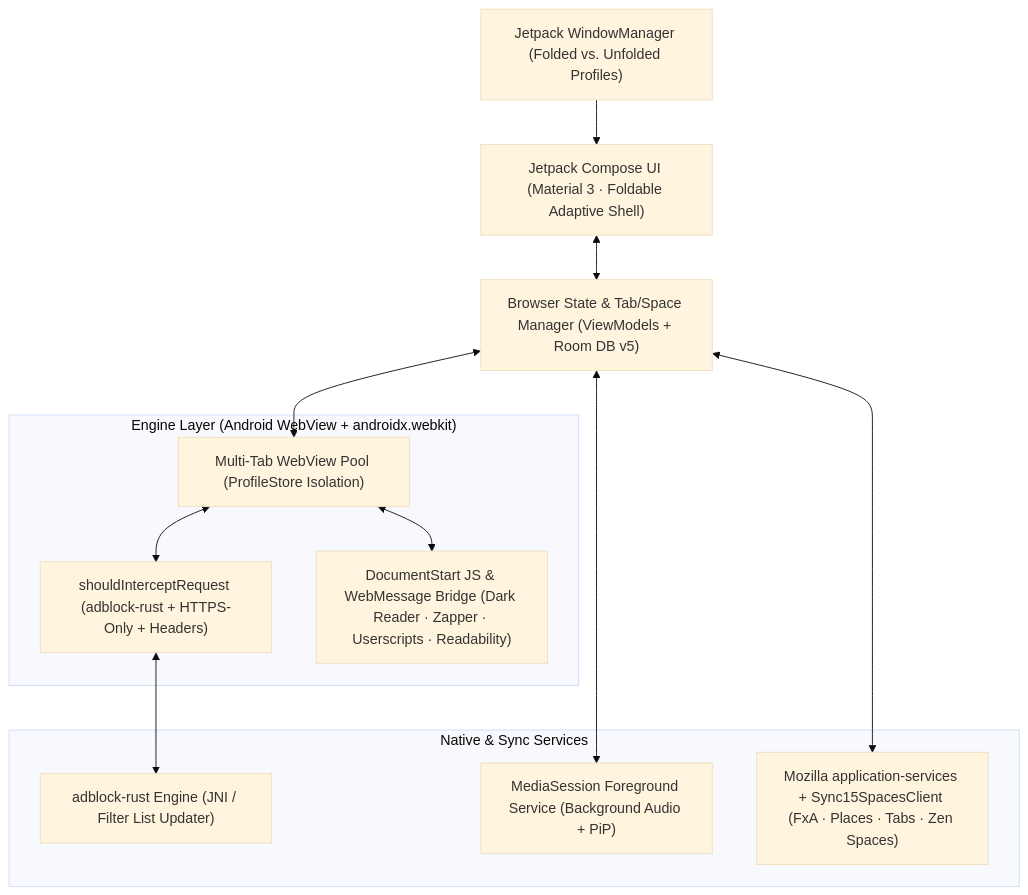
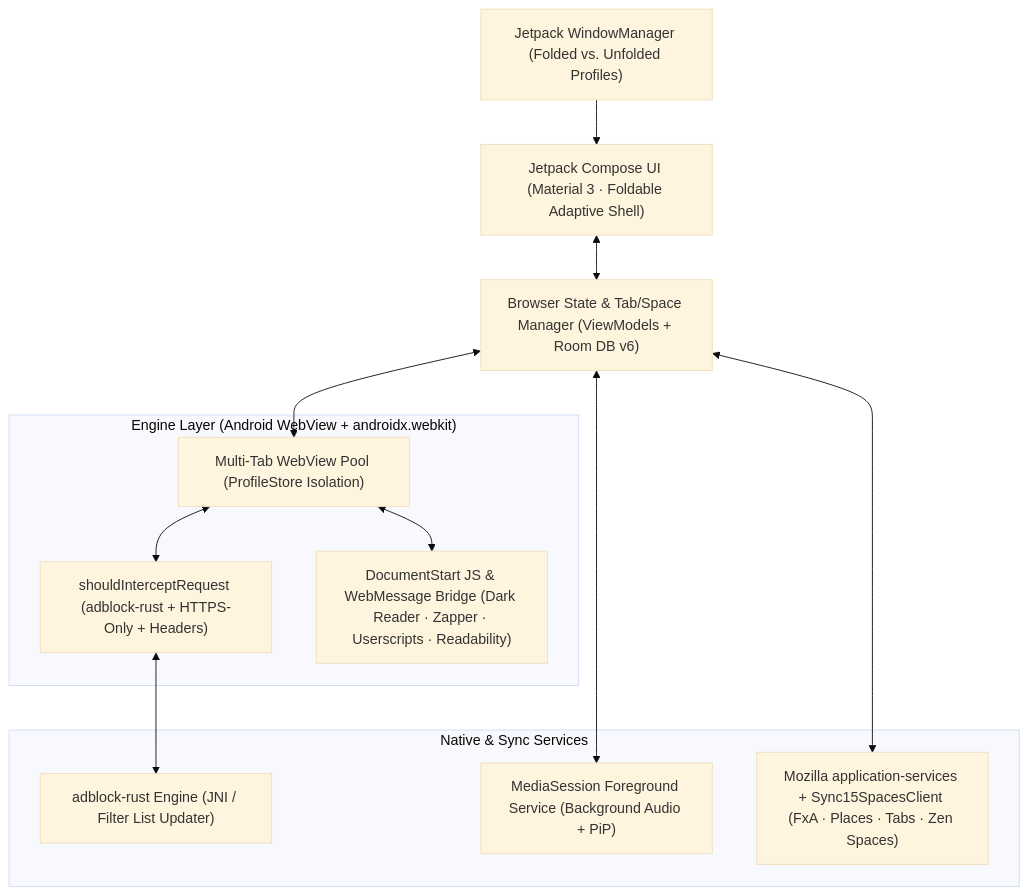
One commit to Waspo98/swiftfox changed the diagram in docs/PLAN.md. Above: the diagram before and after it, drawn with Mermaid (base theme). The commit also changed other lines of this file and 31 other files, not shown here.

````diff
--- a/docs/PLAN.md
+++ b/docs/PLAN.md
@@ -32,27 +32,27 @@
 ```mermaid
 flowchart TD
     UI["Jetpack Compose UI (Material 3 · Foldable Adaptive Shell)"]
     WM["Jetpack WindowManager (Folded vs. Unfolded Profiles)"]
-    VM["Browser State & Tab/Space Manager (ViewModels + Room DB v5)"]
+    VM["Browser State & Tab/Space Manager (ViewModels + Room DB v6)"]
 
     subgraph Engine["Engine Layer (Android WebView + androidx.webkit)"]
         WV["Multi-Tab WebView Pool (ProfileStore Isolation)"]
         NET["shouldInterceptRequest (adblock-rust + HTTPS-Only + Headers)"]
         JS["DocumentStart JS & WebMessage Bridge (Dark Reader · Zapper · Userscripts · Readability)"]
     end
 
     subgraph Native["Native & Sync Services"]
         ADB["adblock-rust Engine (JNI / Filter List Updater)"]
         MEDIA["MediaSession Foreground Service (Background Audio + PiP)"]
         SYNC["Mozilla application-services + Sync15SpacesClient (FxA · Places · Tabs · Zen Spaces)"]
     end
 
     WM --> UI
     UI <--> VM
     VM <--> WV
     WV <--> NET
     WV <--> JS
     NET <--> ADB
     VM <--> MEDIA
     VM <--> SYNC
 ```
````
